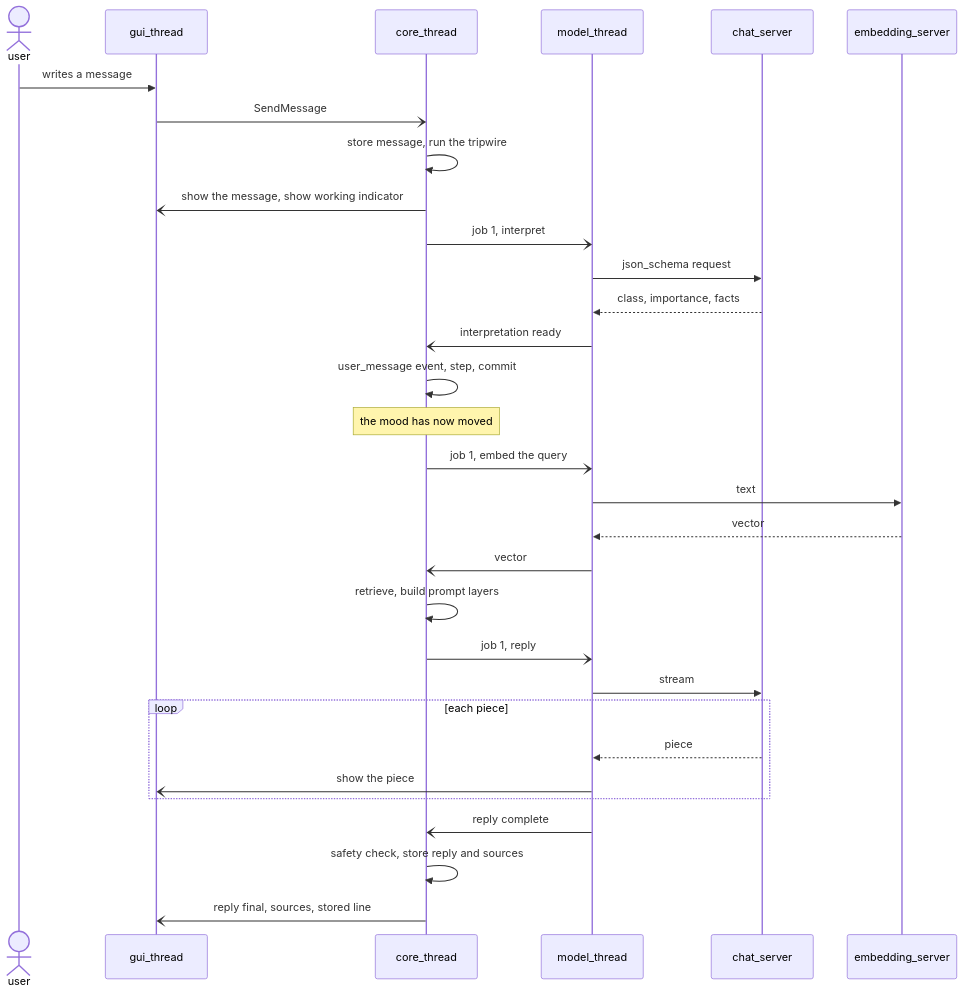
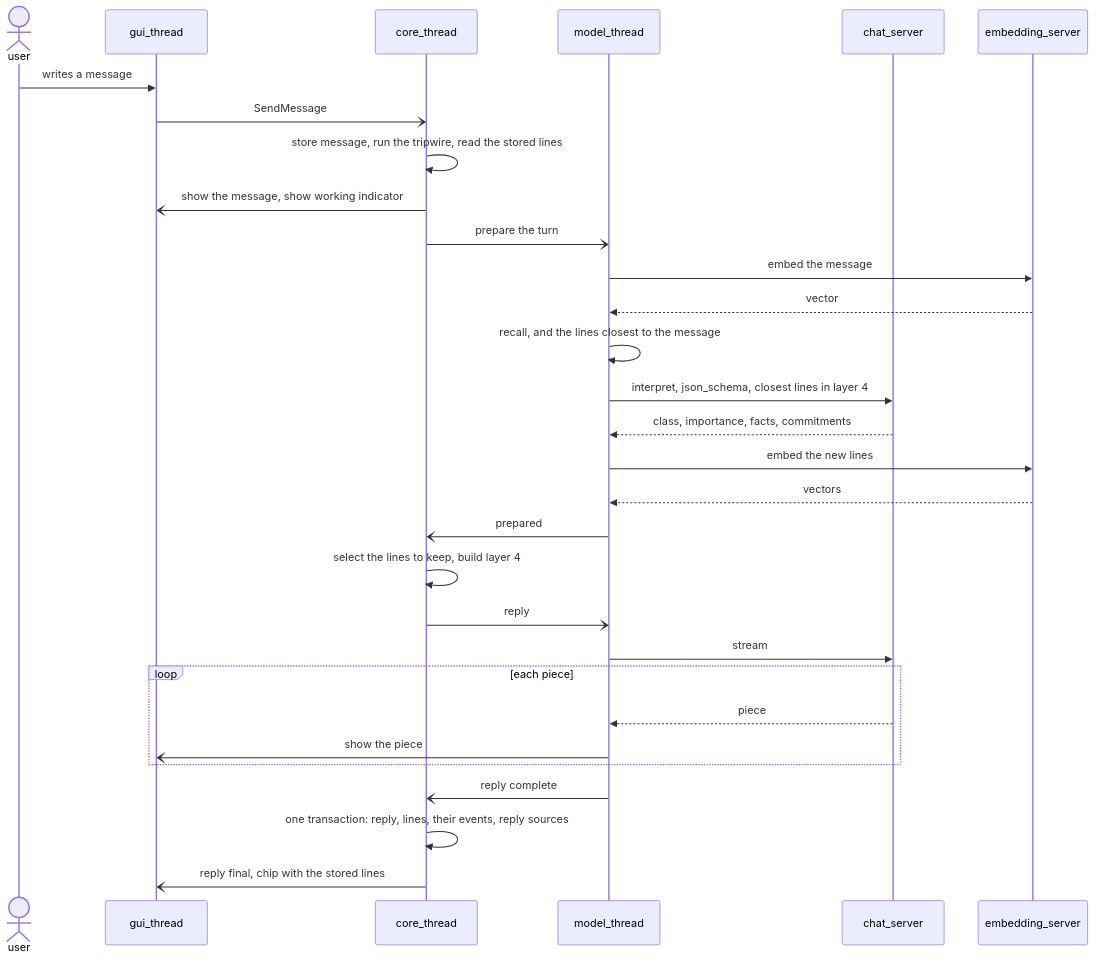
Diagram 34 of 46 in docs/architecture/ARCHITECTURE.md (NguyenVu04/cognia), drawn with Mermaid before and after one commit. The commit also changed other lines of this file and 79 other files, not shown here.

Commit message:
Refine architecture decision records: update schema details in ADR 0003 and enhance embedding retrieval logic in ADR 0007

````diff
--- a/docs/architecture/ARCHITECTURE.md
+++ b/docs/architecture/ARCHITECTURE.md
@@ -2172,34 +2258,33 @@
 ```mermaid
 sequenceDiagram
     actor user
     participant gui as gui_thread
     participant core as core_thread
     participant model as model_thread
     participant chat as chat_server
     participant embed as embedding_server
 
     user->>gui: writes a message
     gui-)core: SendMessage
-    core->>core: store message, run the tripwire
+    core->>core: store message, run the tripwire, read the stored lines
     core-)gui: show the message, show working indicator
-    core-)model: job 1, interpret
-    model->>chat: json_schema request
-    chat-->>model: class, importance, facts
-    model-)core: interpretation ready
-    core->>core: user_message event, step, commit
-    Note over core: the mood has now moved
-    core-)model: job 1, embed the query
-    model->>embed: text
+    core-)model: prepare the turn
+    model->>embed: embed the message
     embed-->>model: vector
-    model-)core: vector
-    core->>core: retrieve, build prompt layers
-    core-)model: job 1, reply
+    model->>model: recall, and the lines closest to the message
+    model->>chat: interpret, json_schema, closest lines in layer 4
+    chat-->>model: class, importance, facts, commitments
+    model->>embed: embed the new lines
+    embed-->>model: vectors
+    model-)core: prepared
+    core->>core: select the lines to keep, build layer 4
+    core-)model: reply
     model->>chat: stream
     loop each piece
         chat-->>model: piece
         model-)gui: show the piece
     end
     model-)core: reply complete
-    core->>core: safety check, store reply and sources
-    core-)gui: reply final, sources, stored line
+    core->>core: one transaction: reply, lines, their events, reply sources
+    core-)gui: reply final, chip with the stored lines
 ```
````
